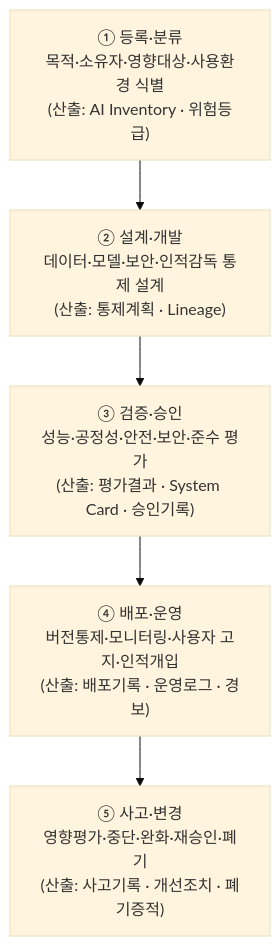
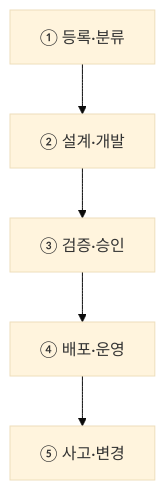
The second of 3 diagrams in src/content/docs/notes/itpe/01-it-strategy/050_ai_governance_platform.md (agnusdei1207/study), drawn with Mermaid (base theme) before and after one commit. The commit also changed other lines of this file and 19 other files, not shown here.

````diff
--- a/src/content/docs/notes/itpe/01-it-strategy/050_ai_governance_platform.md
+++ b/src/content/docs/notes/itpe/01-it-strategy/050_ai_governance_platform.md
@@ -78,10 +73,4 @@
 ```mermaid
 flowchart TD
-    S1["① 등록·분류<br/>목적·소유자·영향대상·사용환경 식별<br/>(산출: AI Inventory · 위험등급)"]
-    S2["② 설계·개발<br/>데이터·모델·보안·인적감독 통제 설계<br/>(산출: 통제계획 · Lineage)"]
-    S3["③ 검증·승인<br/>성능·공정성·안전·보안·준수 평가<br/>(산출: 평가결과 · System Card · 승인기록)"]
-    S4["④ 배포·운영<br/>버전통제·모니터링·사용자 고지·인적개입<br/>(산출: 배포기록 · 운영로그 · 경보)"]
-    S5["⑤ 사고·변경<br/>영향평가·중단·완화·재승인·폐기<br/>(산출: 사고기록 · 개선조치 · 폐기증적)"]
-
-    S1 --> S2 --> S3 --> S4 --> S5
+    S1["① 등록·분류"] --> S2["② 설계·개발"] --> S3["③ 검증·승인"] --> S4["④ 배포·운영"] --> S5["⑤ 사고·변경"]
 ```
````
